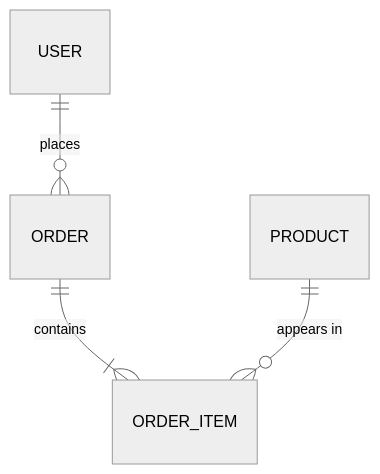
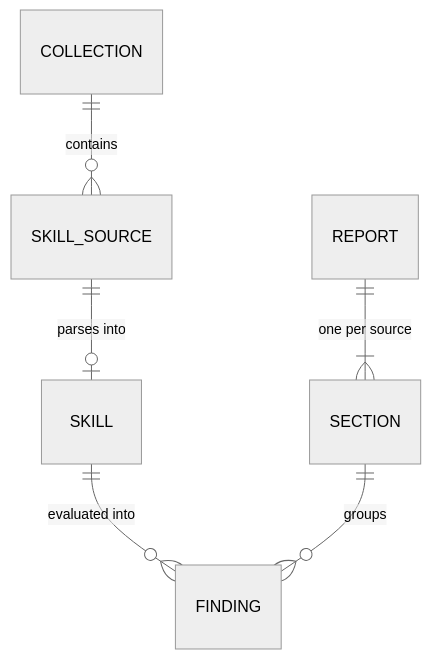
The diagram in docs/data-model.md (jysf/skillport0), drawn with Mermaid (neutral theme) before and after one commit. The commit also changed other lines of this file and 3 other files, not shown here.

````diff
--- a/docs/data-model.md
+++ b/docs/data-model.md
@@ -12,6 +15,8 @@
 ```mermaid
 erDiagram
-    USER ||--o{ ORDER : places
-    ORDER ||--|{ ORDER_ITEM : contains
-    PRODUCT ||--o{ ORDER_ITEM : "appears in"
+    COLLECTION ||--o{ SKILL_SOURCE : contains
+    SKILL_SOURCE ||--o| SKILL : "parses into"
+    SKILL ||--o{ FINDING : "evaluated into"
+    REPORT ||--|{ SECTION : "one per source"
+    SECTION ||--o{ FINDING : groups
 ```
````
